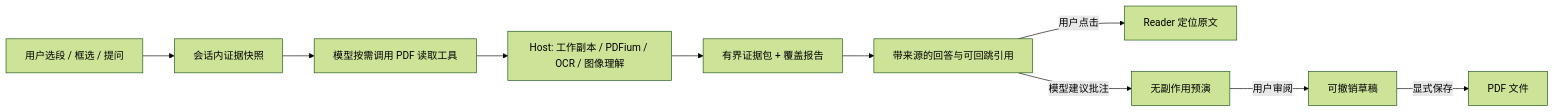
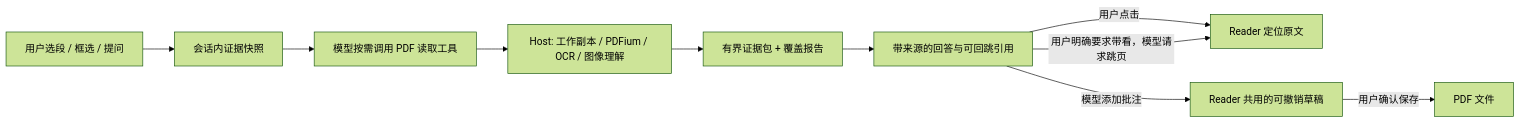
One commit to dingyiliao/dsh-bundle-pdf changed the diagram in docs/AI_READER_TOOLS.md. Above: the diagram before and after it, drawn with Mermaid (forest theme). The commit also changed other lines of this file and 115 other files, not shown here.

First line of the commit message:
feat(pdf): unify agent editing with reader draft

````diff
--- a/docs/AI_READER_TOOLS.md
+++ b/docs/AI_READER_TOOLS.md
@@ -13,12 +13,12 @@
 ```mermaid
 flowchart LR
   U[用户选段 / 框选 / 提问] --> E[会话内证据快照]
   E --> A[模型按需调用 PDF 读取工具]
   A --> H[Host: 工作副本 / PDFium / OCR / 图像理解]
   H --> R[有界证据包 + 覆盖报告]
   R --> C[带来源的回答与可回跳引用]
   C -->|用户点击| V[Reader 定位原文]
-  C -->|模型建议批注| P[无副作用预演]
-  P -->|用户审阅| D[可撤销草稿]
-  D -->|显式保存| F[PDF 文件]
+  C -->|用户明确要求带看，模型请求跳页| V
+  C -->|模型添加批注| D[Reader 共用的可撤销草稿]
+  D -->|用户确认保存| F[PDF 文件]
 ```
````
